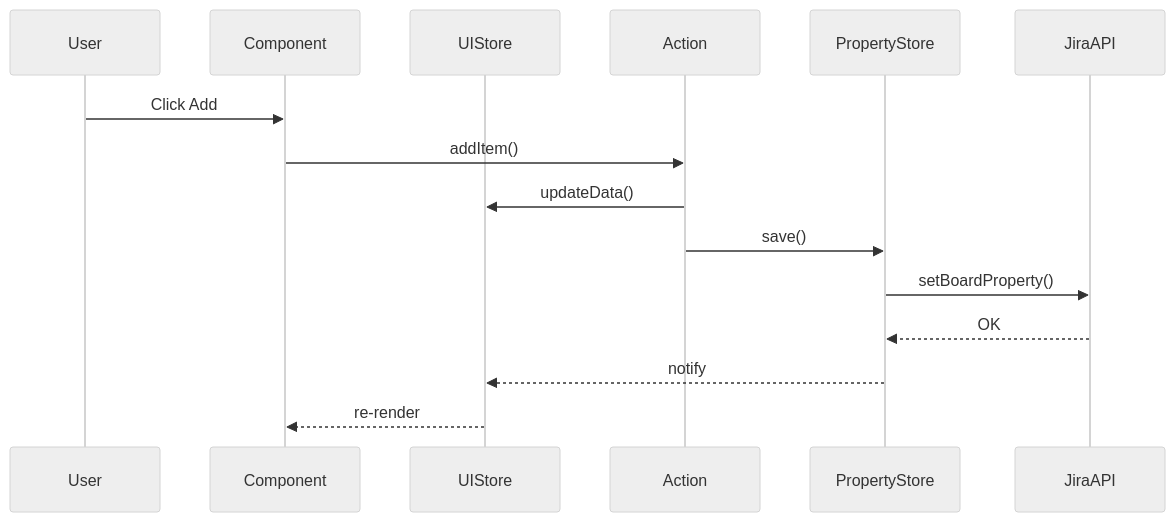
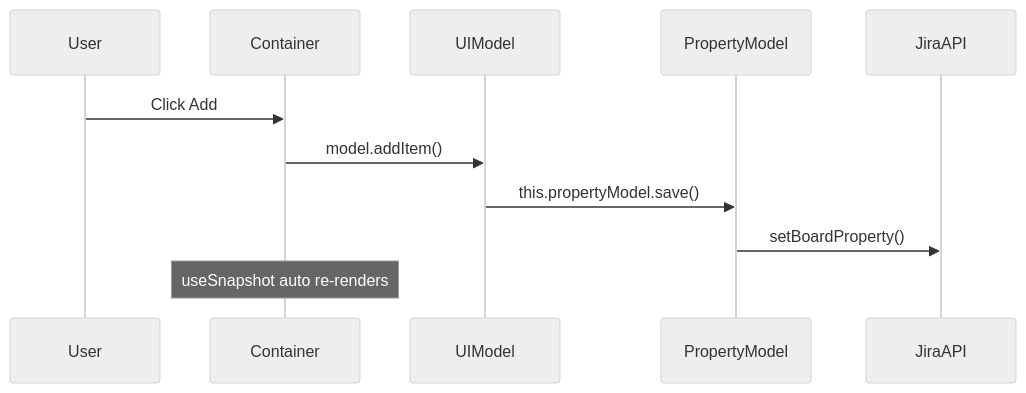
The second of 2 diagrams in .cursor/agents/architect.md (jira-helper/jira-helper), drawn with Mermaid (neutral theme) before and after one commit. The commit also changed other lines of this file and 14 other files, not shown here.

````diff
--- a/.cursor/agents/architect.md
+++ b/.cursor/agents/architect.md
@@ -117,18 +77,14 @@
 ```mermaid
 sequenceDiagram
     participant User
-    participant Component
-    participant UIStore
-    participant Action
-    participant PropertyStore
+    participant Container
+    participant UIModel
+    participant PropertyModel
     participant JiraAPI
     
-    User->>Component: Click Add
-    Component->>Action: addItem()
-    Action->>UIStore: updateData()
-    Action->>PropertyStore: save()
-    PropertyStore->>JiraAPI: setBoardProperty()
-    JiraAPI-->>PropertyStore: OK
-    PropertyStore-->>UIStore: notify
-    UIStore-->>Component: re-render
+    User->>Container: Click Add
+    Container->>UIModel: model.addItem()
+    UIModel->>PropertyModel: this.propertyModel.save()
+    PropertyModel->>JiraAPI: setBoardProperty()
+    Note over Container: useSnapshot auto re-renders
 ```
````
